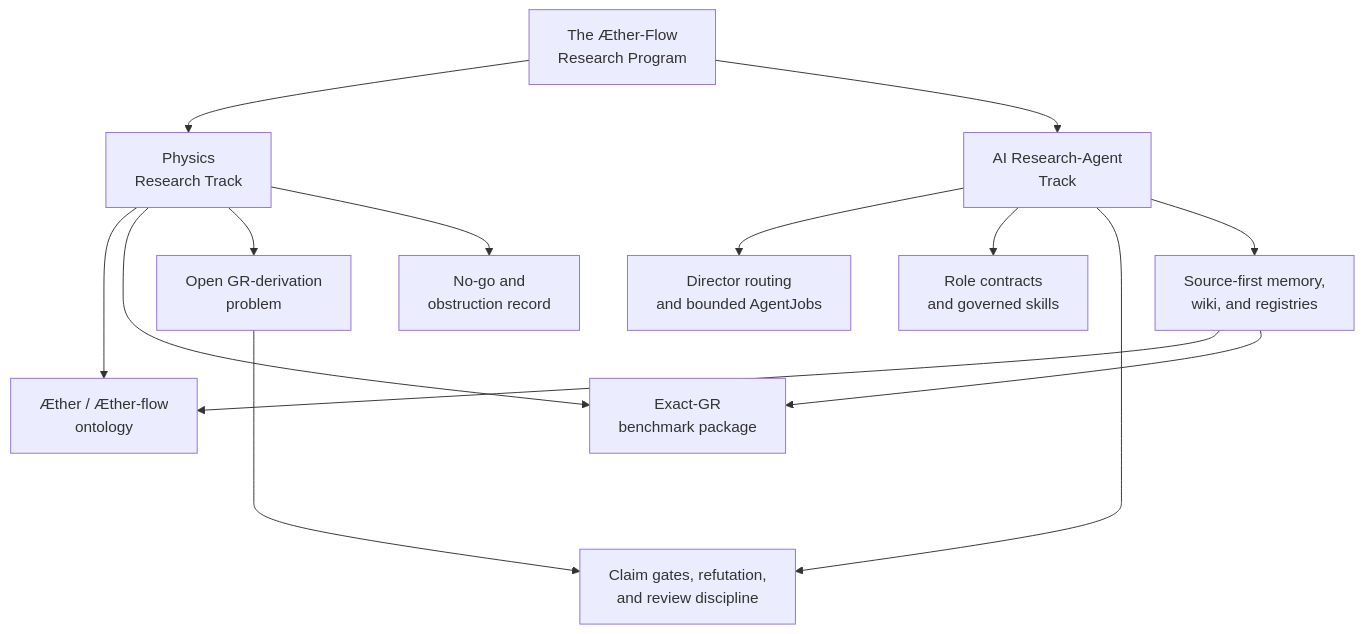
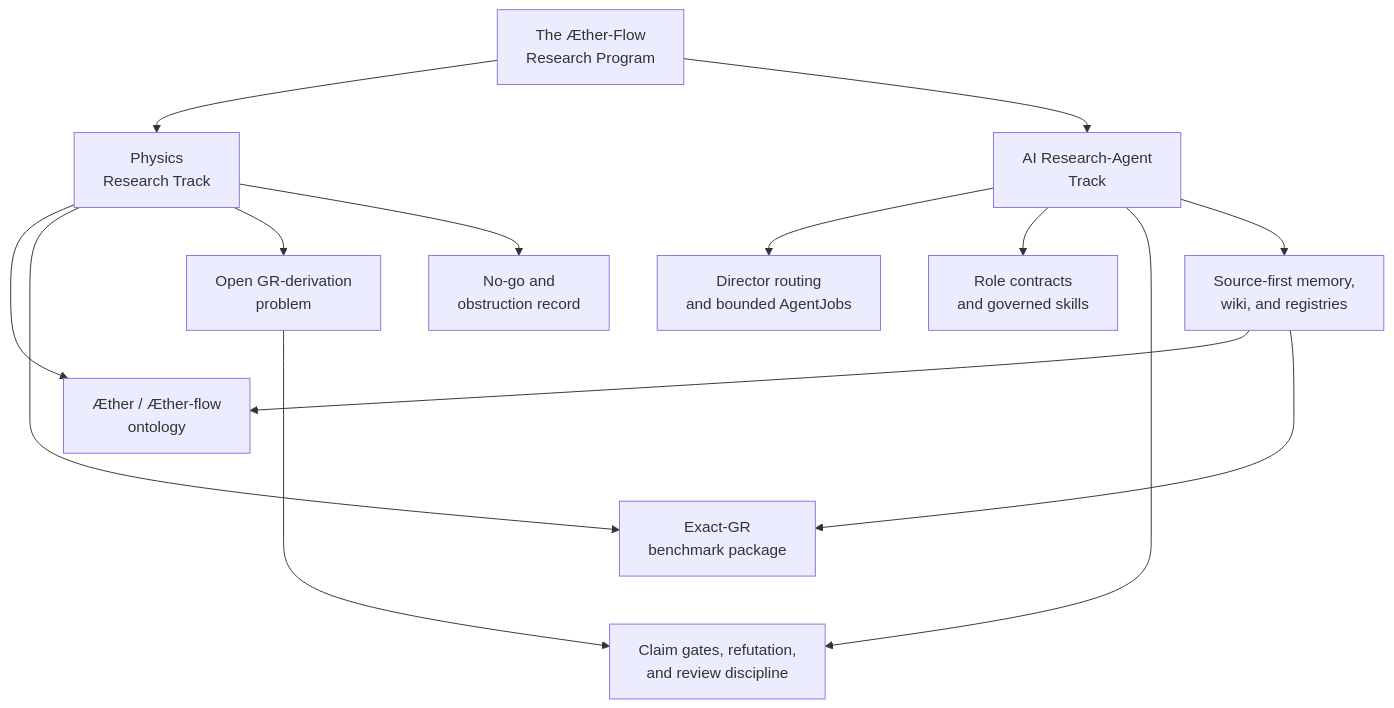
The diagram in README.md (AngryOwlAI/The-AEther-Flow), drawn with Mermaid before and after one commit. The commit also changed 24 other files, not shown here.

Commit message:
Fix futher the README Mermaid route clarity

````diff
--- a/README.md
+++ b/README.md
@@ -45,23 +45,23 @@
 ```mermaid
 flowchart TB
     program["The Æther-Flow<br/>Research Program"]
     physics["Physics<br/>Research Track"]
     ai["AI Research-Agent<br/>Track"]
 
     program --> physics
     program --> ai
 
     physics --> ontology["Æther / Æther-flow<br/>ontology"]
-    physics --> benchmark["Exact-GR<br/>benchmark package"]
+    physics ---> benchmark["Exact-GR<br/>benchmark package"]
     physics --> derivation["Open GR-derivation<br/>problem"]
     physics --> obstructions["No-go and<br/>obstruction record"]
 
     ai --> routing["Director routing<br/>and bounded AgentJobs"]
     ai --> roles["Role contracts<br/>and governed skills"]
     ai ----> gates["Claim gates, refutation,<br/>and review discipline"]
     ai --> memory["Source-first memory,<br/>wiki, and registries"]
 
     derivation ----> gates
     memory --> ontology
-    memory --> benchmark
+    memory ---> benchmark
 ```
````
